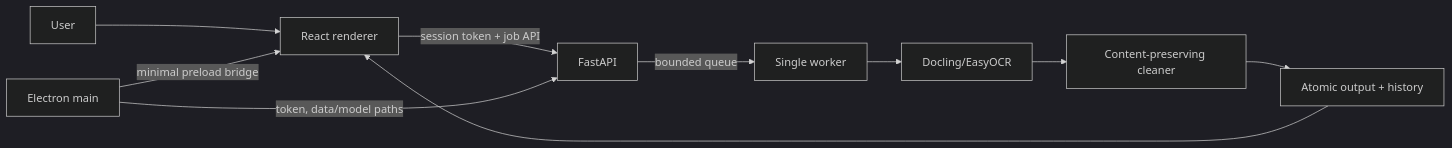
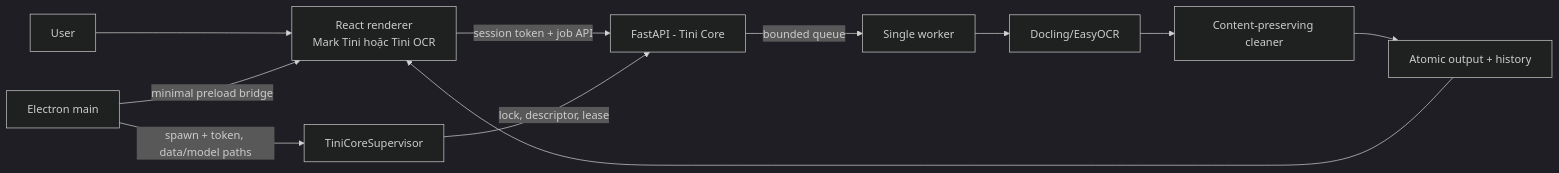
One commit to danghoangsqtt-sys/dhsystem_mdconverter changed the first of 3 diagrams in .viepilot/ARCHITECTURE.md. Above: the diagram before and after it, drawn with Mermaid (dark theme). The commit also changed other lines of this file and 8 other files, not shown here.

````diff
--- a/.viepilot/ARCHITECTURE.md
+++ b/.viepilot/ARCHITECTURE.md
@@ -7,12 +7,13 @@
 ```mermaid
 flowchart LR
-    U[User] --> R[React renderer]
-    R -->|session token + job API| A[FastAPI]
+    U[User] --> R[React renderer<br/>Mark Tini hoặc Tini OCR]
+    R -->|session token + job API| A[FastAPI - Tini Core]
     A -->|bounded queue| Q[Single worker]
     Q --> D[Docling/EasyOCR]
     D --> C[Content-preserving cleaner]
     C --> S[Atomic output + history]
     S --> R
-    E[Electron main] -->|token, data/model paths| A
+    E[Electron main] -->|spawn + token, data/model paths| SV[TiniCoreSupervisor]
+    SV -->|lock, descriptor, lease| A
     E -->|minimal preload bridge| R
 ```
````
